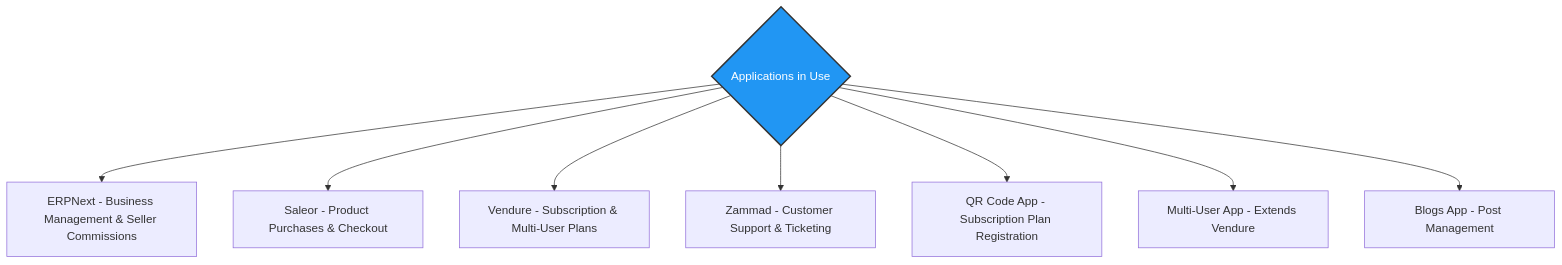
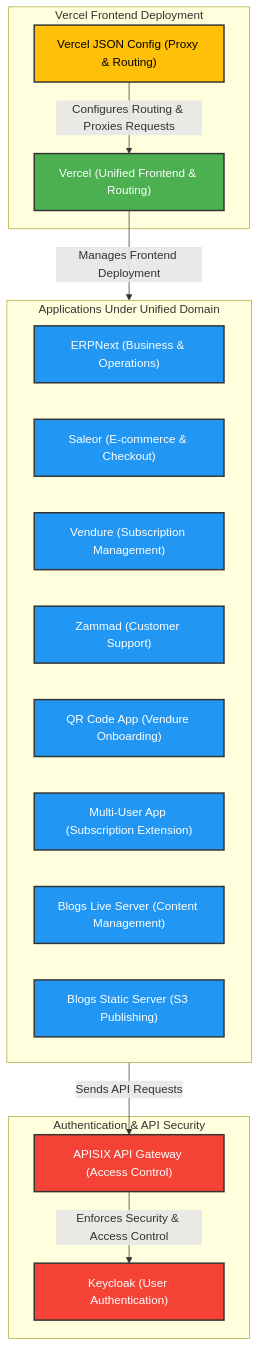
Before and after one commit to LuigiClemente/workflow: the second of 10 diagrams in README.md, drawn with Mermaid. The commit also changed other lines of this file, not shown here.

````diff
--- a/README.md
+++ b/README.md
@@ -33,18 +59,39 @@
 ```mermaid
 flowchart TD
     %% Define Colors
-    classDef processStyle fill:#2196F3,stroke:#333,stroke-width:2px,color:#fff;
+    classDef vercelStyle fill:#4CAF50,stroke:#333,stroke-width:2px,color:#fff;
+    classDef appStyle fill:#2196F3,stroke:#333,stroke-width:2px,color:#fff;
+    classDef securityStyle fill:#F44336,stroke:#333,stroke-width:2px,color:#fff;
+    classDef routingStyle fill:#FFC107,stroke:#333,stroke-width:2px,color:#000;
 
-    %% Applications in the System
-    applications{"Applications in Use"}
-    class applications processStyle
+    %% Frontend Deployment via Vercel
+    subgraph Vercel_Deployment["Vercel Frontend Deployment"]
+        Vercel["Vercel (Unified Frontend & Routing)"]:::vercelStyle
+        JSONConfig["Vercel JSON Config (Proxy & Routing)"]:::routingStyle
+    end
 
-    applications --> erpnext["ERPNext - Business Management & Seller Commissions"]
-    applications --> saleor["Saleor - Product Purchases & Checkout"]
-    applications --> vendure["Vendure - Subscription & Multi-User Plans"]
-    applications --> zammad["Zammad - Customer Support & Ticketing"]
-    applications --> qrCodeApp["QR Code App - Subscription Plan Registration"]
-    applications --> multiUserApp["Multi-User App - Extends Vendure"]
-    applications --> blogsApp["Blogs App - Post Management"]
+    %% Applications Routed via Vercel
+    subgraph Applications["Applications Under Unified Domain"]
+        ERPNext["ERPNext (Business & Operations)"]:::appStyle
+        Saleor["Saleor (E-commerce & Checkout)"]:::appStyle
+        Vendure["Vendure (Subscription Management)"]:::appStyle
+        Zammad["Zammad (Customer Support)"]:::appStyle
+        QRCodeApp["QR Code App (Vendure Onboarding)"]:::appStyle
+        MultiUserApp["Multi-User App (Subscription Extension)"]:::appStyle
+        BlogsLive["Blogs Live Server (Content Management)"]:::appStyle
+        BlogsStatic["Blogs Static Server (S3 Publishing)"]:::appStyle
+    end
+
+    %% Security Layer
+    subgraph Security["Authentication & API Security"]
+        APISIX["APISIX API Gateway (Access Control)"]:::securityStyle
+        Keycloak["Keycloak (User Authentication)"]:::securityStyle
+    end
+
+    %% Connections
+    Vercel -->|Manages Frontend Deployment| Applications
+    JSONConfig -->|Configures Routing & Proxies Requests| Vercel
+    Applications -->|Sends API Requests| APISIX
+    APISIX -->|Enforces Security & Access Control| Keycloak
 
 ```
````
